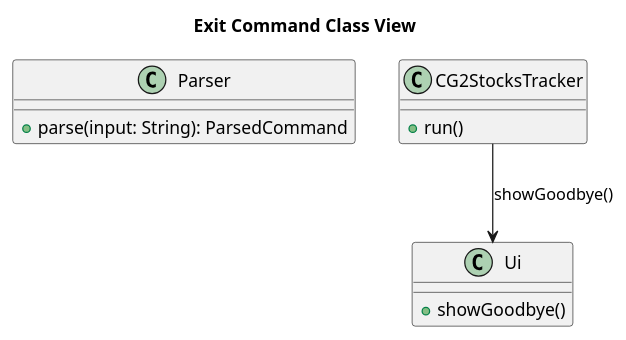
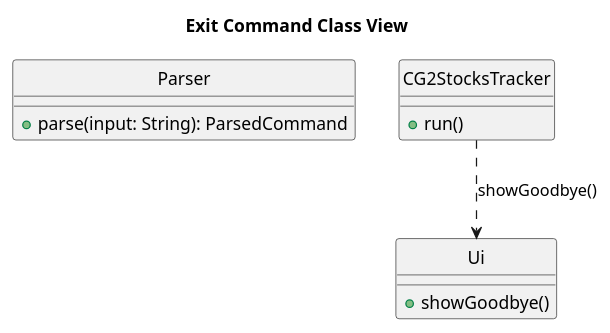
Before and after one commit to zenweilow/tp: the diagram in docs/diagrams/UML/exit-command-class.puml, drawn with PlantUML. The commit also changed 26 other files, not shown here.

Commit message:
Fix colon in sequence diagrams, C in class diagrams

```diff
--- a/docs/diagrams/UML/exit-command-class.puml
+++ b/docs/diagrams/UML/exit-command-class.puml
@@ -1,17 +1,18 @@
 @startuml
 title Exit Command Class View
+hide circle
 
 class Parser {
   + parse(input: String): ParsedCommand
 }
 
 class CG2StocksTracker {
   + run()
 }
 
 class Ui {
   + showGoodbye()
 }
 
-CG2StocksTracker --> Ui : showGoodbye()
+CG2StocksTracker ..> Ui : showGoodbye()
 @enduml
```
